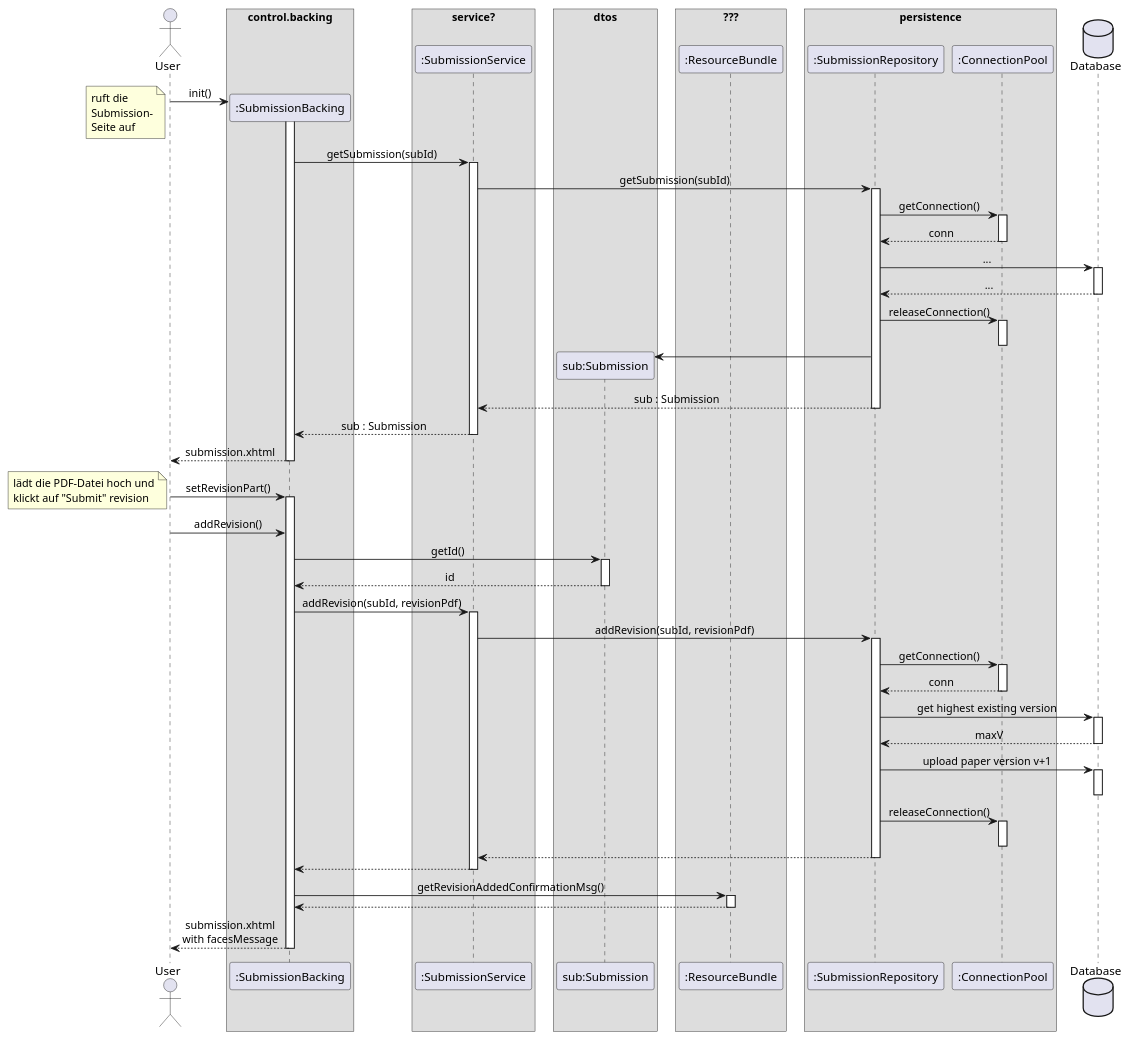
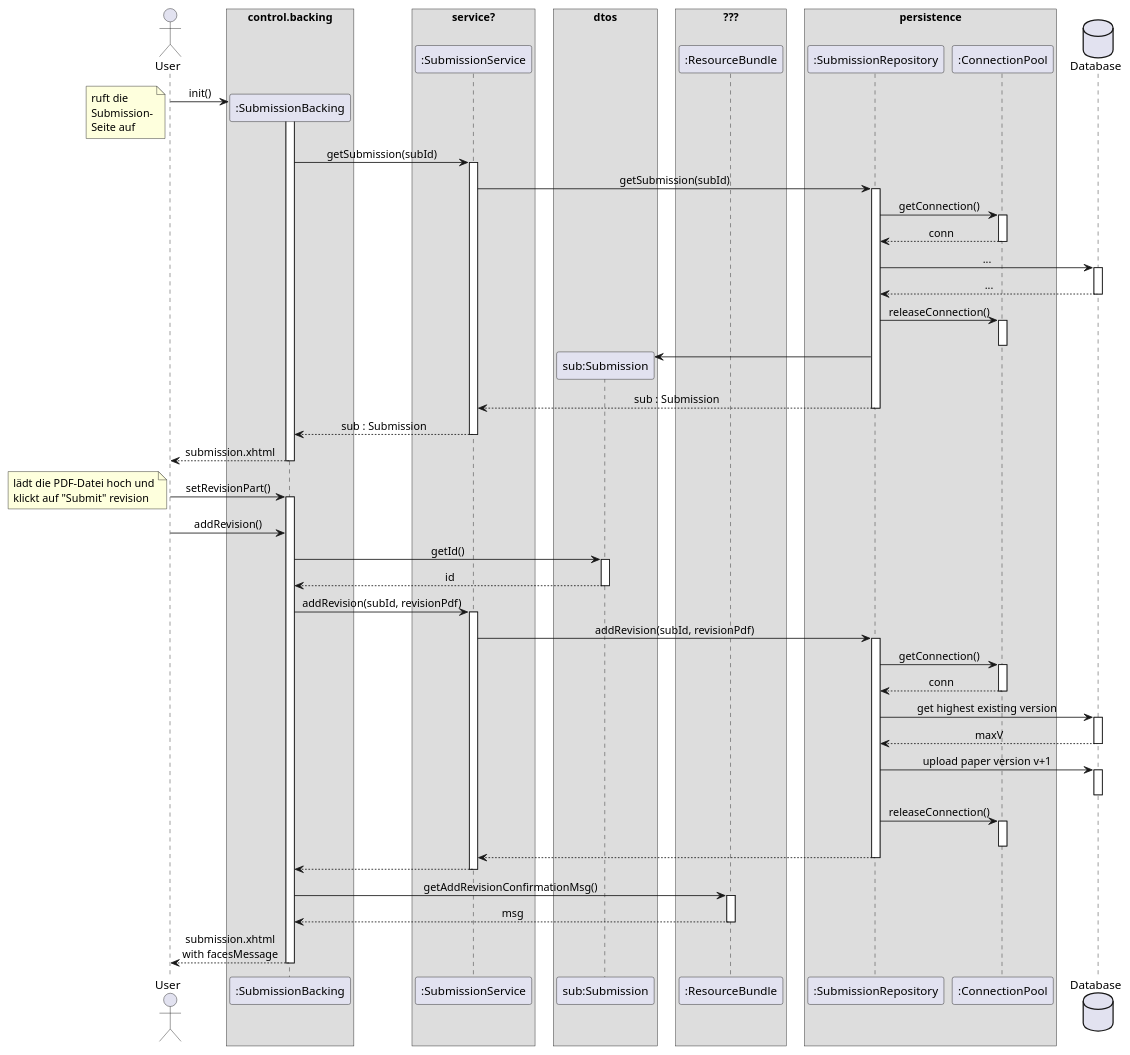
The diagram in docs/Entwurf/puml/upload_revision.puml (guersterst/LasEs), drawn with PlantUML before and after one commit. The commit also changed 1 other file, not shown here.

```diff
--- a/docs/Entwurf/puml/upload_revision.puml
+++ b/docs/Entwurf/puml/upload_revision.puml
@@ -1,96 +1,96 @@
 @startuml
 'https://plantuml.com/sequence-diagram
 
 '!theme aws-orange
 skinparam sequenceMessageAlign center
 skinparam BoxPadding 10
 'autonumber
 'autoactivate on
 'hide footbox
 
 actor User as user
 
 box "control.backing"
     participant ":SubmissionBacking" as subBacking
 end box
 box "service?"
     participant ":SubmissionService" as subService
 end box
 box "dtos"
     participant "sub:Submission" as sub
 end box
 box "???"
     participant ":ResourceBundle" as rscBundle
 end box
 box persistence
     participant ":SubmissionRepository" as subRepo
     participant ":ConnectionPool" as connPool
 end box
 database "Database" as db
 
 user -> subBacking ** : init()
 note left
     ruft die
     Submission-
     Seite auf
 end note
 activate subBacking
     subBacking -> subService : getSubmission(subId)
     activate subService
         subService -> subRepo : getSubmission(subId)
         activate subRepo
             subRepo -> connPool : getConnection()
             activate connPool
             return conn
             subRepo -> db : ...
             activate db
                 return ...
                 subRepo -> connPool : releaseConnection()
                     activate connPool
                     deactivate connPool
                 create sub
                 subRepo -> sub
         return sub : Submission
     return sub : Submission
 return submission.xhtml
 
 user -> subBacking : setRevisionPart()
 activate subBacking
     note left
         lädt die PDF-Datei hoch und
         klickt auf "Submit" revision
     end note
     user -> subBacking : addRevision()
     subBacking -> sub : getId()
     activate sub
     return id
 
     subBacking -> subService : addRevision(subId, revisionPdf)
     activate subService
         subService -> subRepo : addRevision(subId, revisionPdf)
         activate subRepo
             subRepo -> connPool : getConnection()
             activate connPool
             return conn
             subRepo -> db : get highest existing version
             activate db
             return maxV
             subRepo -> db : upload paper version v+1
             activate db
             deactivate db
             subRepo -> connPool : releaseConnection()
             activate connPool
             deactivate connPool
         return
     return
 
-    subBacking -> rscBundle : getRevisionAddedConfirmationMsg()
+    subBacking -> rscBundle : getAddRevisionConfirmationMsg()
     activate rscBundle
-    return
+    return msg
 
 return submission.xhtml\nwith facesMessage
 
 
 
 
 @enduml
```
